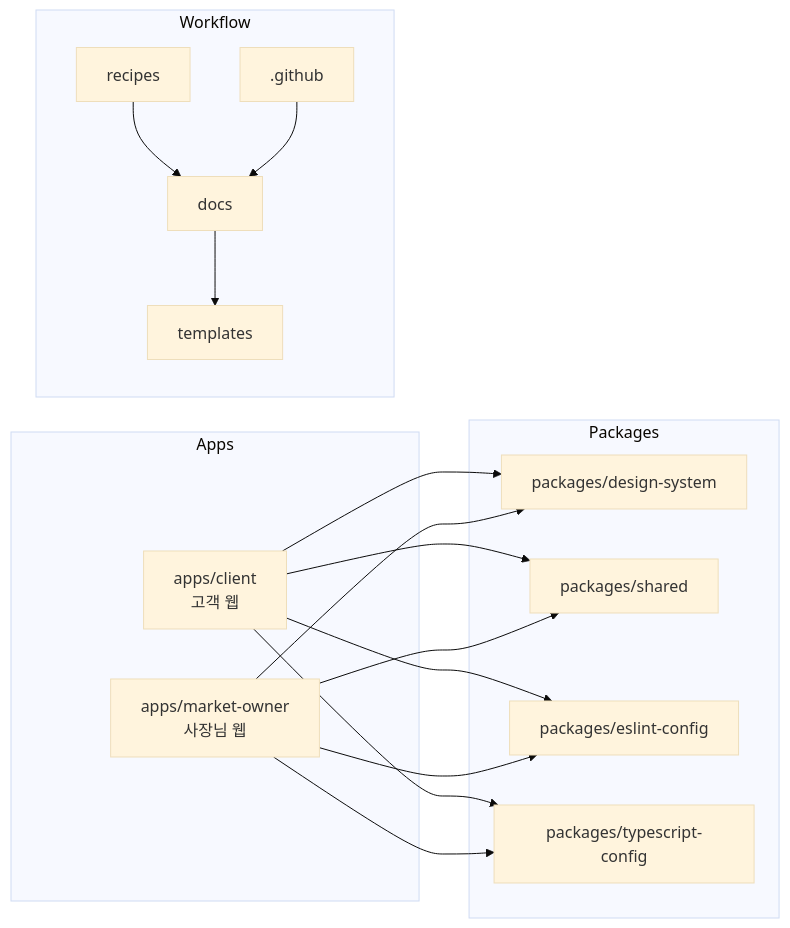
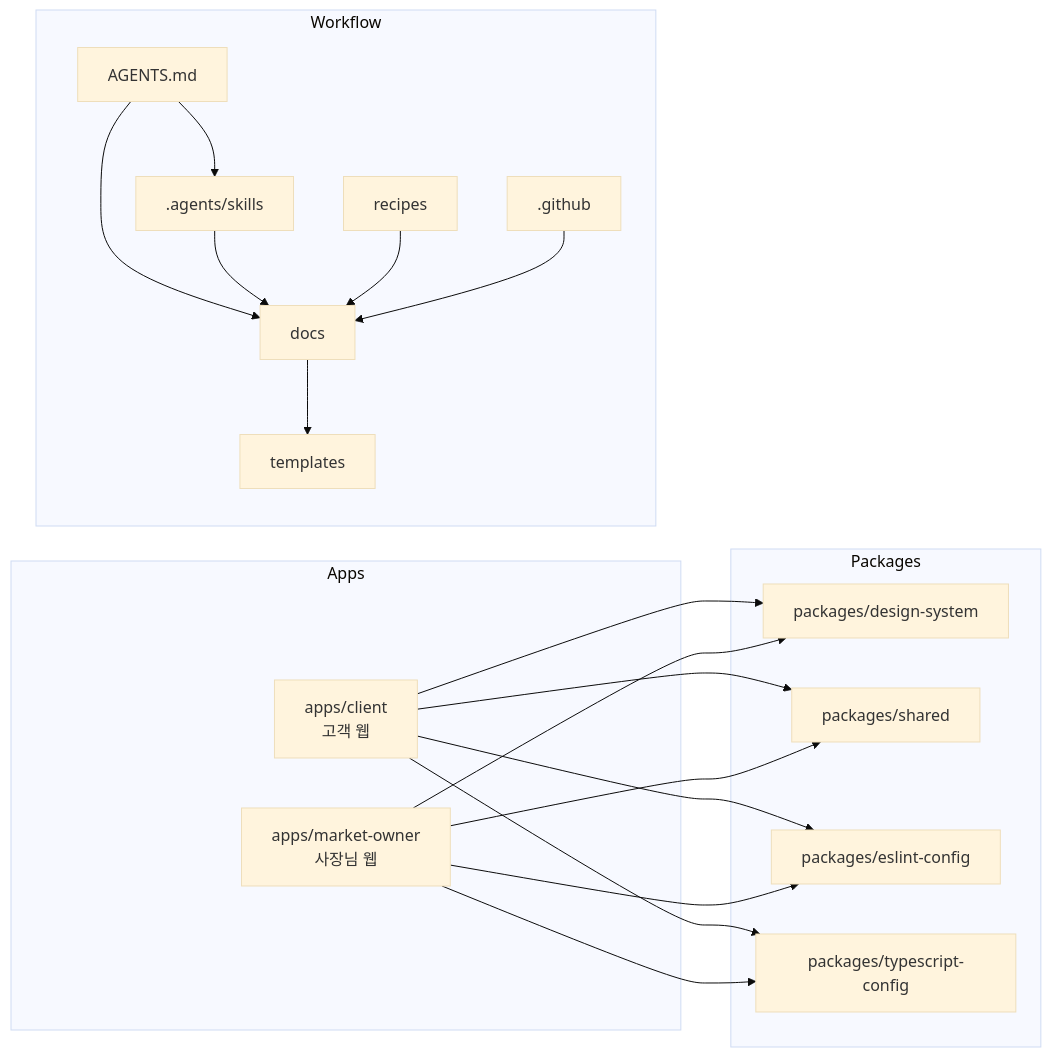
The first of 2 diagrams in README.md (TEAM-DONGCHIMI/DONGCHIMI-CLIENT), drawn with Mermaid (base theme) before and after one commit. The commit also changed other lines of this file and 8 other files, not shown here.

````diff
--- a/README.md
+++ b/README.md
@@ -68,33 +69,38 @@
 ```mermaid
 flowchart LR
   subgraph "Apps"
     CLIENT["apps/client<br/>고객 웹"]
     OWNER["apps/market-owner<br/>사장님 웹"]
   end
 
   subgraph "Packages"
     DS["packages/design-system"]
     SHARED["packages/shared"]
     ESLINT["packages/eslint-config"]
     TSCONFIG["packages/typescript-config"]
   end
 
   subgraph "Workflow"
+    AGENT["AGENTS.md"]
+    SKILLS[".agents/skills"]
     DOCS["docs"]
     RECIPES["recipes"]
     TEMPLATES["templates"]
     GITHUB[".github"]
   end
 
   CLIENT --> DS
   CLIENT --> SHARED
   OWNER --> DS
   OWNER --> SHARED
   CLIENT --> ESLINT
   OWNER --> ESLINT
   CLIENT --> TSCONFIG
   OWNER --> TSCONFIG
+  AGENT --> DOCS
+  AGENT --> SKILLS
+  SKILLS --> DOCS
   DOCS --> TEMPLATES
   RECIPES --> DOCS
   GITHUB --> DOCS
 ```
````
